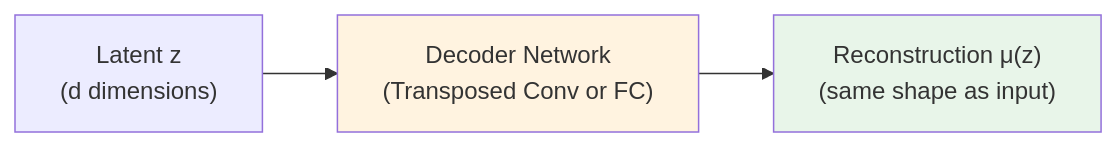
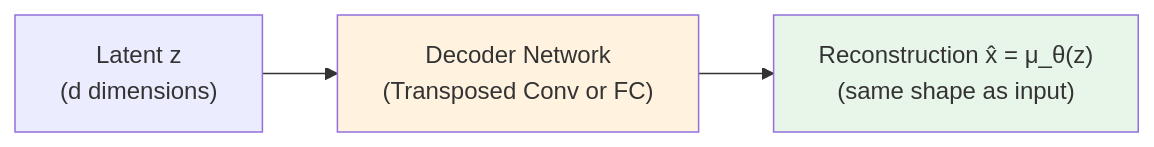
Before and after one commit to avitai/artifex: the third of 10 diagrams in docs/user-guide/concepts/vae-explained.md, drawn with Mermaid. The commit also changed other lines of this file and 16 other files, not shown here.

````diff
--- a/docs/user-guide/concepts/vae-explained.md
+++ b/docs/user-guide/concepts/vae-explained.md
@@ -207,8 +212,8 @@
 ```mermaid
 graph LR
     A["Latent z<br/>(d dimensions)"] --> B["Decoder Network<br/>(Transposed Conv or FC)"]
-    B --> C["Reconstruction μ(z)<br/>(same shape as input)"]
+    B --> C["Reconstruction x̂ = μ_θ(z)<br/>(same shape as input)"]
 
     style B fill:#fff3e0
     style C fill:#e8f5e9
 ```
````
